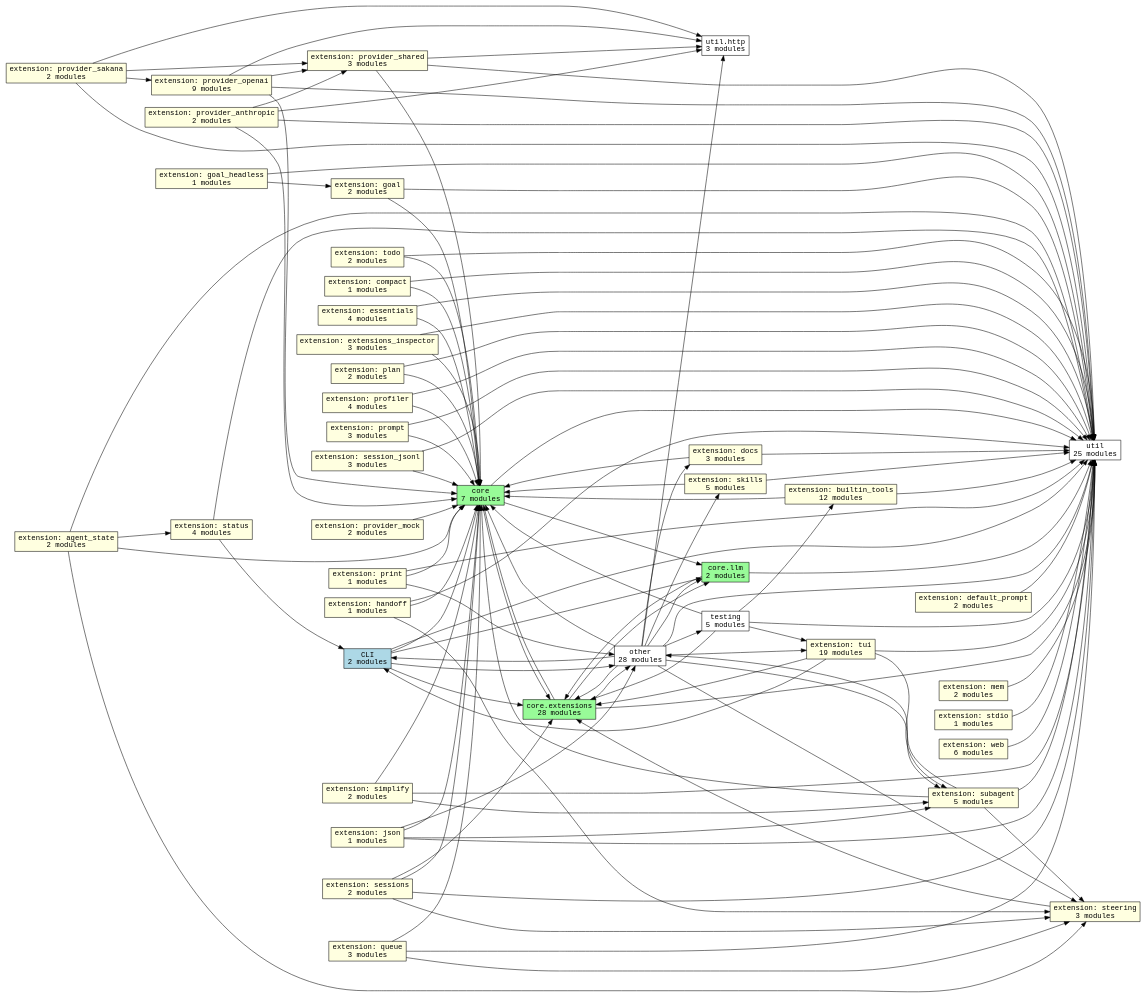
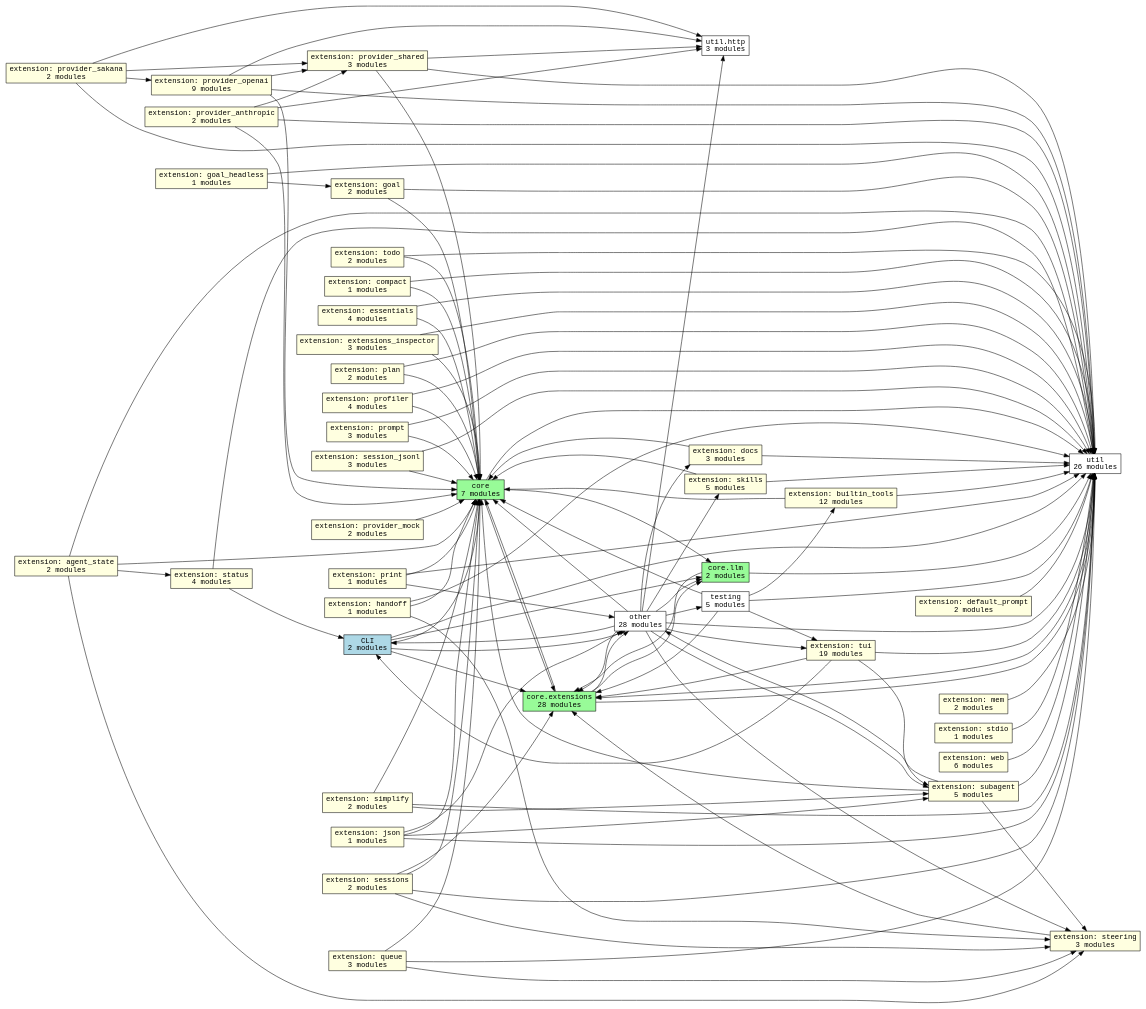
One commit to acmiyaguchi/fen changed the diagram in docs/graphs/subsystems.dot. Above: the diagram before and after it, drawn with Graphviz. The commit also changed 13 other files, not shown here.

```diff
--- a/docs/graphs/subsystems.dot
+++ b/docs/graphs/subsystems.dot
@@ -1,158 +1,159 @@
 digraph fen_subsystems {
   graph [rankdir=LR];
   node [shape=box, fontname="monospace"];
   edge [fontname="monospace"];
   "cli" [fillcolor="lightblue", label="CLI\n2 modules", style="filled"];
   "core" [fillcolor="palegreen", label="core\n7 modules", style="filled"];
   "core.extensions" [fillcolor="palegreen", label="core.extensions\n28 modules", style="filled"];
   "core.llm" [fillcolor="palegreen", label="core.llm\n2 modules", style="filled"];
   "extension.agent_state" [fillcolor="lightyellow", label="extension: agent_state\n2 modules", style="filled"];
   "extension.builtin_tools" [fillcolor="lightyellow", label="extension: builtin_tools\n12 modules", style="filled"];
   "extension.compact" [fillcolor="lightyellow", label="extension: compact\n1 modules", style="filled"];
   "extension.default_prompt" [fillcolor="lightyellow", label="extension: default_prompt\n2 modules", style="filled"];
   "extension.docs" [fillcolor="lightyellow", label="extension: docs\n3 modules", style="filled"];
   "extension.essentials" [fillcolor="lightyellow", label="extension: essentials\n4 modules", style="filled"];
   "extension.extensions_inspector" [fillcolor="lightyellow", label="extension: extensions_inspector\n3 modules", style="filled"];
   "extension.goal" [fillcolor="lightyellow", label="extension: goal\n2 modules", style="filled"];
   "extension.goal_headless" [fillcolor="lightyellow", label="extension: goal_headless\n1 modules", style="filled"];
   "extension.handoff" [fillcolor="lightyellow", label="extension: handoff\n1 modules", style="filled"];
   "extension.json" [fillcolor="lightyellow", label="extension: json\n1 modules", style="filled"];
   "extension.mem" [fillcolor="lightyellow", label="extension: mem\n2 modules", style="filled"];
   "extension.plan" [fillcolor="lightyellow", label="extension: plan\n2 modules", style="filled"];
   "extension.print" [fillcolor="lightyellow", label="extension: print\n1 modules", style="filled"];
   "extension.profiler" [fillcolor="lightyellow", label="extension: profiler\n4 modules", style="filled"];
   "extension.prompt" [fillcolor="lightyellow", label="extension: prompt\n3 modules", style="filled"];
   "extension.provider_anthropic" [fillcolor="lightyellow", label="extension: provider_anthropic\n2 modules", style="filled"];
   "extension.provider_mock" [fillcolor="lightyellow", label="extension: provider_mock\n2 modules", style="filled"];
   "extension.provider_openai" [fillcolor="lightyellow", label="extension: provider_openai\n9 modules", style="filled"];
   "extension.provider_sakana" [fillcolor="lightyellow", label="extension: provider_sakana\n2 modules", style="filled"];
   "extension.provider_shared" [fillcolor="lightyellow", label="extension: provider_shared\n3 modules", style="filled"];
   "extension.queue" [fillcolor="lightyellow", label="extension: queue\n3 modules", style="filled"];
   "extension.session_jsonl" [fillcolor="lightyellow", label="extension: session_jsonl\n3 modules", style="filled"];
   "extension.sessions" [fillcolor="lightyellow", label="extension: sessions\n2 modules", style="filled"];
   "extension.simplify" [fillcolor="lightyellow", label="extension: simplify\n2 modules", style="filled"];
   "extension.skills" [fillcolor="lightyellow", label="extension: skills\n5 modules", style="filled"];
   "extension.status" [fillcolor="lightyellow", label="extension: status\n4 modules", style="filled"];
   "extension.stdio" [fillcolor="lightyellow", label="extension: stdio\n1 modules", style="filled"];
   "extension.steering" [fillcolor="lightyellow", label="extension: steering\n3 modules", style="filled"];
   "extension.subagent" [fillcolor="lightyellow", label="extension: subagent\n5 modules", style="filled"];
   "extension.todo" [fillcolor="lightyellow", label="extension: todo\n2 modules", style="filled"];
   "extension.tui" [fillcolor="lightyellow", label="extension: tui\n19 modules", style="filled"];
   "extension.web" [fillcolor="lightyellow", label="extension: web\n6 modules", style="filled"];
   "other" [fillcolor="white", label="other\n28 modules", style="filled"];
   "testing" [fillcolor="white", label="testing\n5 modules", style="filled"];
-  "util" [fillcolor="white", label="util\n25 modules", style="filled"];
+  "util" [fillcolor="white", label="util\n26 modules", style="filled"];
   "util.http" [fillcolor="white", label="util.http\n3 modules", style="filled"];
   "cli" -> "core";
   "cli" -> "core.extensions";
   "cli" -> "core.llm";
   "cli" -> "other";
   "cli" -> "util";
   "core" -> "core.extensions";
   "core" -> "core.llm";
   "core" -> "util";
   "core.extensions" -> "core";
   "core.extensions" -> "core.llm";
   "core.extensions" -> "other";
   "core.extensions" -> "util";
   "core.llm" -> "core.extensions";
   "core.llm" -> "util";
   "extension.agent_state" -> "core";
   "extension.agent_state" -> "extension.status";
   "extension.agent_state" -> "extension.steering";
   "extension.agent_state" -> "util";
   "extension.builtin_tools" -> "core";
   "extension.builtin_tools" -> "util";
   "extension.compact" -> "core";
   "extension.compact" -> "util";
   "extension.default_prompt" -> "util";
   "extension.docs" -> "core";
   "extension.docs" -> "util";
   "extension.essentials" -> "core";
   "extension.essentials" -> "util";
   "extension.extensions_inspector" -> "core";
   "extension.extensions_inspector" -> "util";
   "extension.goal" -> "core";
   "extension.goal" -> "util";
   "extension.goal_headless" -> "extension.goal";
   "extension.goal_headless" -> "util";
   "extension.handoff" -> "core";
   "extension.handoff" -> "extension.steering";
   "extension.handoff" -> "util";
   "extension.json" -> "core";
   "extension.json" -> "extension.subagent";
   "extension.json" -> "other";
   "extension.json" -> "util";
   "extension.mem" -> "util";
   "extension.plan" -> "core";
   "extension.plan" -> "util";
   "extension.print" -> "core";
   "extension.print" -> "other";
   "extension.print" -> "util";
   "extension.profiler" -> "core";
   "extension.profiler" -> "util";
   "extension.prompt" -> "core";
   "extension.prompt" -> "util";
   "extension.provider_anthropic" -> "core";
   "extension.provider_anthropic" -> "extension.provider_shared";
   "extension.provider_anthropic" -> "util";
   "extension.provider_anthropic" -> "util.http";
   "extension.provider_mock" -> "core";
   "extension.provider_openai" -> "core";
   "extension.provider_openai" -> "extension.provider_shared";
   "extension.provider_openai" -> "util";
   "extension.provider_openai" -> "util.http";
   "extension.provider_sakana" -> "extension.provider_openai";
   "extension.provider_sakana" -> "extension.provider_shared";
   "extension.provider_sakana" -> "util";
   "extension.provider_sakana" -> "util.http";
   "extension.provider_shared" -> "core";
   "extension.provider_shared" -> "util";
   "extension.provider_shared" -> "util.http";
   "extension.queue" -> "core";
   "extension.queue" -> "extension.steering";
   "extension.queue" -> "util";
   "extension.session_jsonl" -> "core";
   "extension.session_jsonl" -> "util";
   "extension.sessions" -> "core";
   "extension.sessions" -> "core.extensions";
   "extension.sessions" -> "extension.steering";
   "extension.sessions" -> "util";
   "extension.simplify" -> "core";
   "extension.simplify" -> "extension.subagent";
   "extension.simplify" -> "util";
   "extension.skills" -> "core";
   "extension.skills" -> "util";
   "extension.status" -> "cli";
   "extension.status" -> "util";
   "extension.stdio" -> "util";
   "extension.steering" -> "core.extensions";
   "extension.subagent" -> "core";
   "extension.subagent" -> "extension.steering";
   "extension.subagent" -> "other";
   "extension.subagent" -> "util";
   "extension.todo" -> "core";
   "extension.todo" -> "util";
   "extension.tui" -> "cli";
   "extension.tui" -> "core.extensions";
   "extension.tui" -> "extension.subagent";
   "extension.tui" -> "util";
   "extension.web" -> "util";
   "other" -> "cli";
   "other" -> "core";
   "other" -> "core.extensions";
   "other" -> "core.llm";
   "other" -> "extension.docs";
   "other" -> "extension.skills";
   "other" -> "extension.steering";
   "other" -> "extension.subagent";
   "other" -> "extension.tui";
   "other" -> "testing";
   "other" -> "util";
   "other" -> "util.http";
   "testing" -> "core";
   "testing" -> "core.extensions";
   "testing" -> "extension.builtin_tools";
   "testing" -> "extension.tui";
   "testing" -> "util";
+  "util" -> "core.extensions";
 }
```
